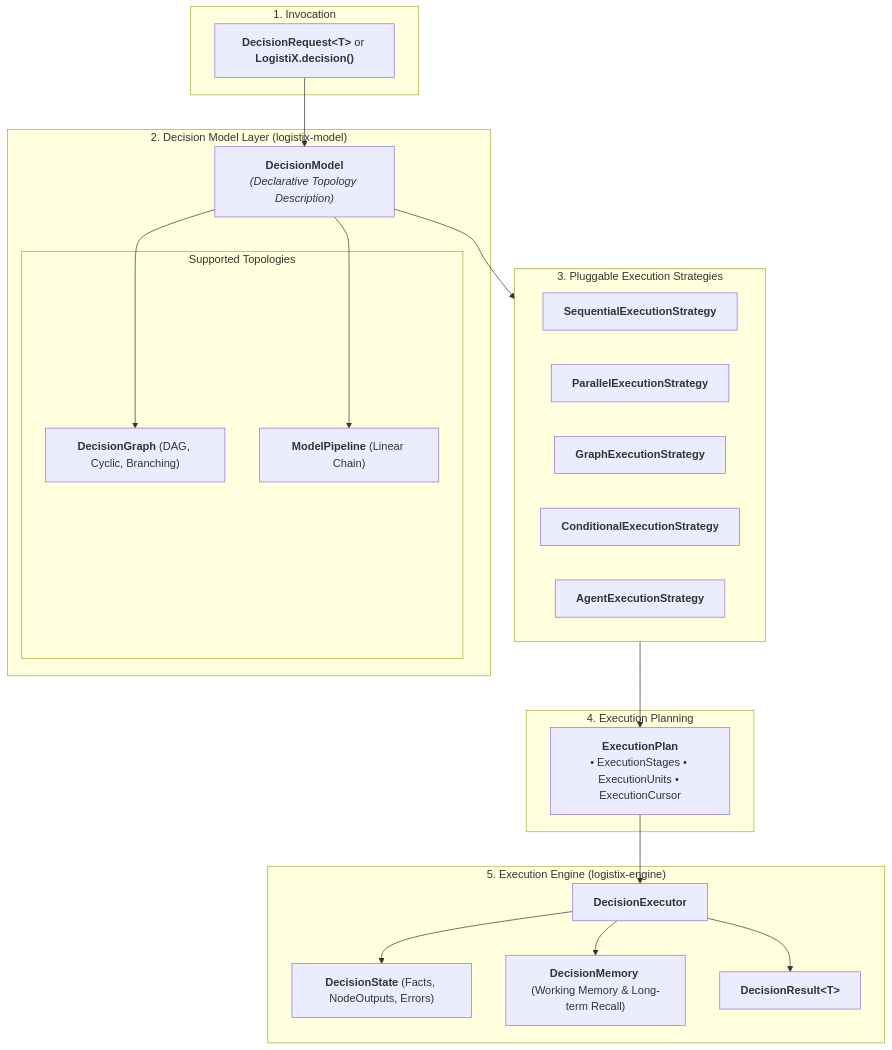
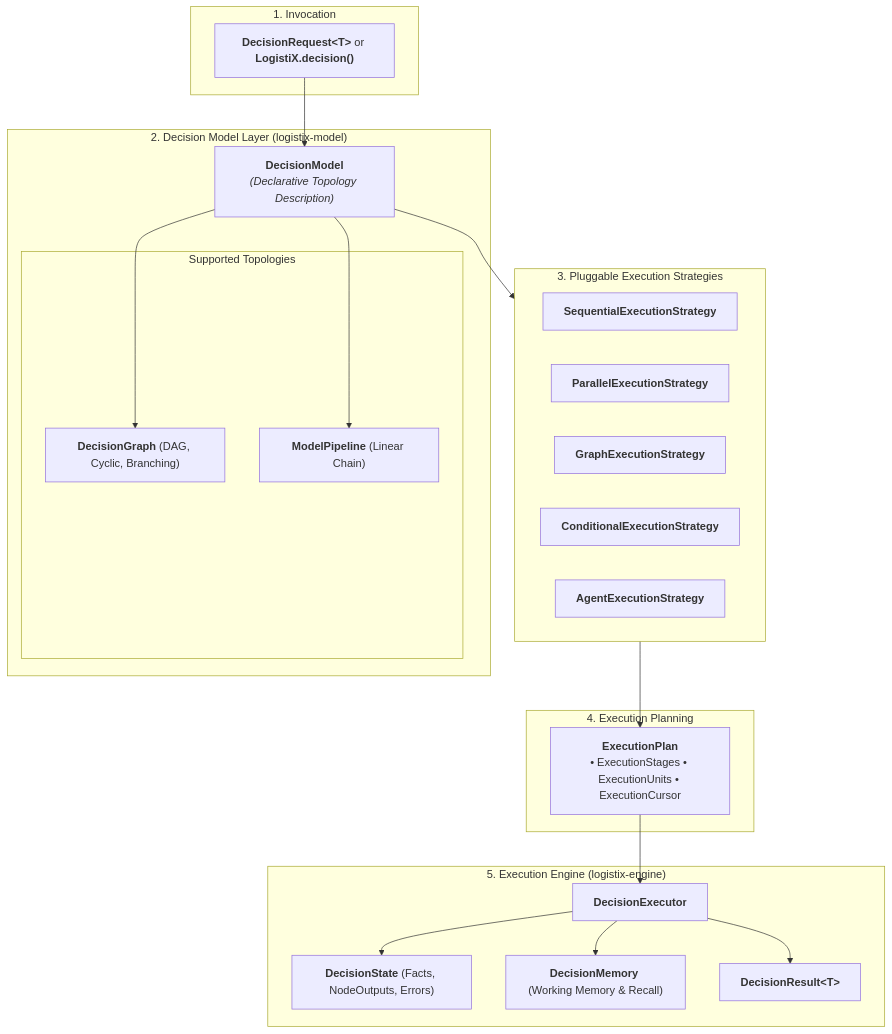
Before and after one commit to venukommu/LogistiX: the diagram in README.md, drawn with Mermaid. The commit also changed other lines of this file and 10 other files, not shown here.

````diff
--- a/README.md
+++ b/README.md
@@ -113,45 +101,45 @@
 ```mermaid
 flowchart TD
     subgraph Client ["1. Invocation"]
         REQ["<b>DecisionRequest&lt;T&gt;</b> or <b>LogistiX.decision()</b>"]
     end
 
     subgraph ModelLayer ["2. Decision Model Layer (logistix-model)"]
         DM["<b>DecisionModel</b><br/><i>(Declarative Topology Description)</i>"]
         
         subgraph Topologies ["Supported Topologies"]
             DG["<b>DecisionGraph</b> (DAG, Cyclic, Branching)"]
             DP["<b>ModelPipeline</b> (Linear Chain)"]
         end
         
         DM --> DG
         DM --> DP
     end
 
     subgraph StrategyLayer ["3. Pluggable Execution Strategies"]
         S_SEQ["<b>SequentialExecutionStrategy</b>"]
         S_PAR["<b>ParallelExecutionStrategy</b>"]
         S_GRA["<b>GraphExecutionStrategy</b>"]
         S_CON["<b>ConditionalExecutionStrategy</b>"]
         S_AGE["<b>AgentExecutionStrategy</b>"]
     end
 
     subgraph Planning ["4. Execution Planning"]
         PLAN["<b>ExecutionPlan</b><br/>• ExecutionStages &bull; ExecutionUnits &bull; ExecutionCursor"]
     end
 
     subgraph Runtime ["5. Execution Engine (logistix-engine)"]
         STATE["<b>DecisionState</b> (Facts, NodeOutputs, Errors)"]
-        MEM["<b>DecisionMemory</b> (Working Memory & Long-term Recall)"]
+        MEM["<b>DecisionMemory</b> (Working Memory & Recall)"]
         EXEC["<b>DecisionExecutor</b>"]
         RES["<b>DecisionResult&lt;T&gt;</b>"]
     end
 
     REQ --> DM
     DM --> StrategyLayer
     StrategyLayer --> PLAN
     PLAN --> EXEC
     EXEC --> STATE
     EXEC --> MEM
     EXEC --> RES
 ```
````
